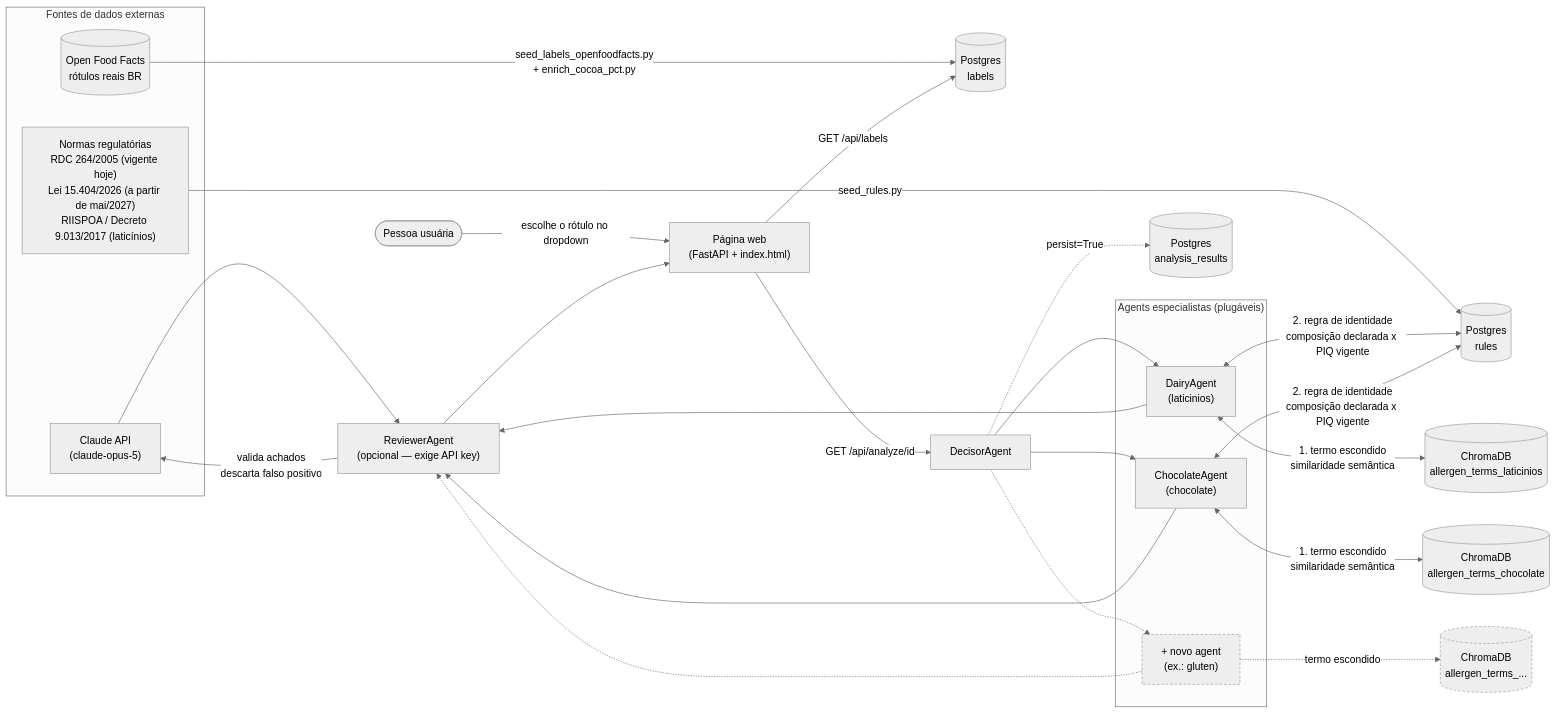
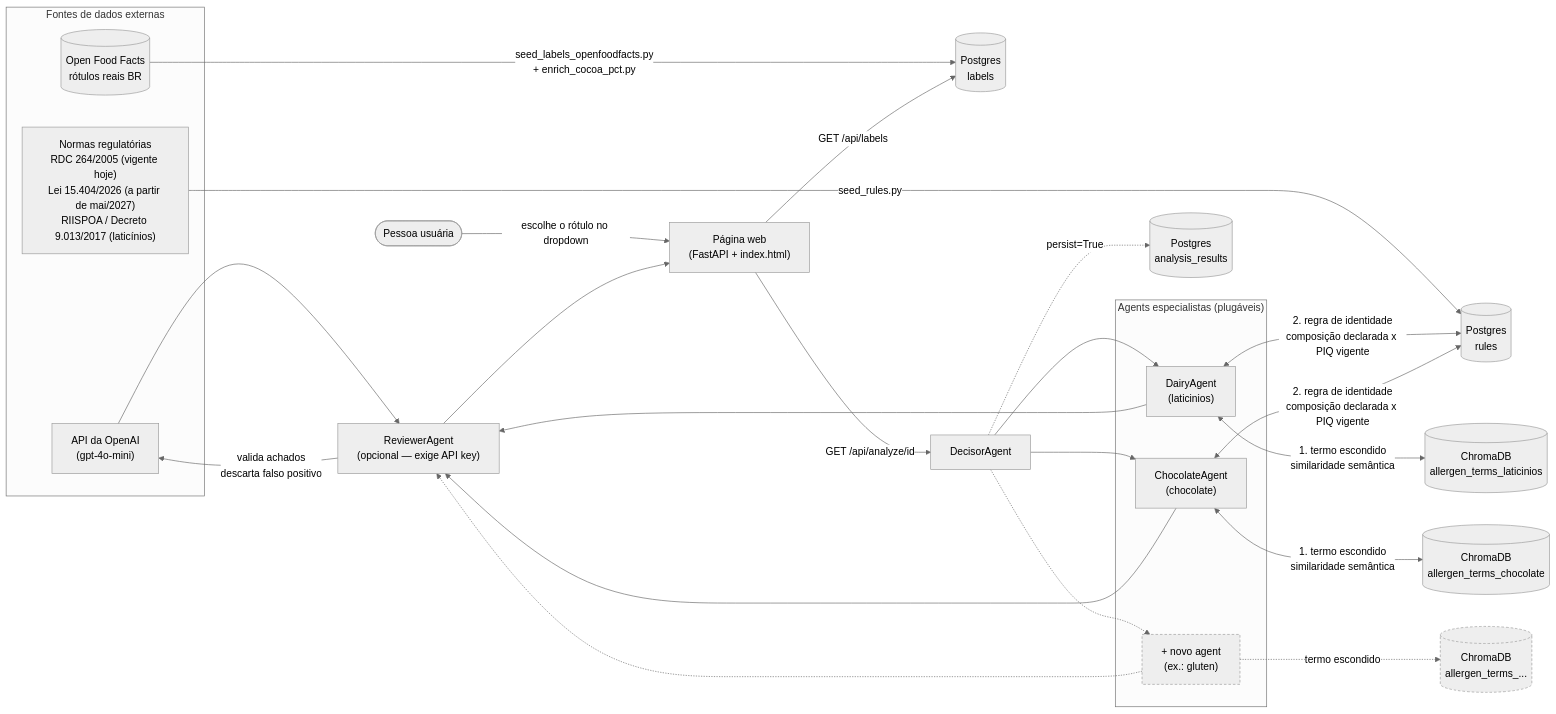
One commit to DanielleModelli/rotulAI changed the diagram in README.md. Above: the diagram before and after it, drawn with Mermaid (neutral theme). The commit also changed other lines of this file and 7 other files, not shown here.

````diff
--- a/README.md
+++ b/README.md
@@ -12,44 +12,44 @@
 ```mermaid
 flowchart LR
     subgraph Fontes["Fontes de dados externas"]
         OFF[("Open Food Facts\nrótulos reais BR")]
         Norms["Normas regulatórias\nRDC 264/2005 (vigente hoje)\nLei 15.404/2026 (a partir de mai/2027)\nRIISPOA / Decreto 9.013/2017 (laticínios)"]
-        Anthropic["Claude API\n(claude-opus-5)"]
+        OpenAI["API da OpenAI\n(gpt-4o-mini)"]
     end
 
     OFF -->|seed_labels_openfoodfacts.py\n+ enrich_cocoa_pct.py| Labels[("Postgres\nlabels")]
     Norms -->|seed_rules.py| Rules[("Postgres\nrules")]
 
     User(["Pessoa usuária"]) -->|escolhe o rótulo no dropdown| Web["Página web\n(FastAPI + index.html)"]
     Web -->|GET /api/labels| Labels
     Web -->|GET /api/analyze/id| Decisor["DecisorAgent"]
 
     subgraph Especialistas["Agents especialistas (plugáveis)"]
         Dairy["DairyAgent\n(laticinios)"]
         Choc["ChocolateAgent\n(chocolate)"]
         Novo["+ novo agent\n(ex.: gluten)"]:::future
     end
 
     Decisor --> Dairy
     Decisor --> Choc
     Decisor -.-> Novo
 
     Dairy <-->|1. termo escondido\nsimilaridade semântica| ChromaDairy[("ChromaDB\nallergen_terms_laticinios")]
     Choc <-->|1. termo escondido\nsimilaridade semântica| ChromaChoc[("ChromaDB\nallergen_terms_chocolate")]
     Novo -.->|termo escondido| ChromaNovo[("ChromaDB\nallergen_terms_...")]:::future
 
     Dairy <-->|2. regra de identidade\ncomposição declarada x PIQ vigente| Rules
     Choc <-->|2. regra de identidade\ncomposição declarada x PIQ vigente| Rules
 
     Dairy --> Revisor["ReviewerAgent\n(opcional — exige API key)"]
     Choc --> Revisor
     Novo -.-> Revisor
 
-    Revisor -->|valida achados\ndescarta falso positivo| Anthropic
-    Anthropic --> Revisor
+    Revisor -->|valida achados\ndescarta falso positivo| OpenAI
+    OpenAI --> Revisor
 
     Revisor --> Web
     Decisor -.->|persist=True| Results[("Postgres\nanalysis_results")]
 
     classDef future stroke-dasharray: 4 3
 ```
````
